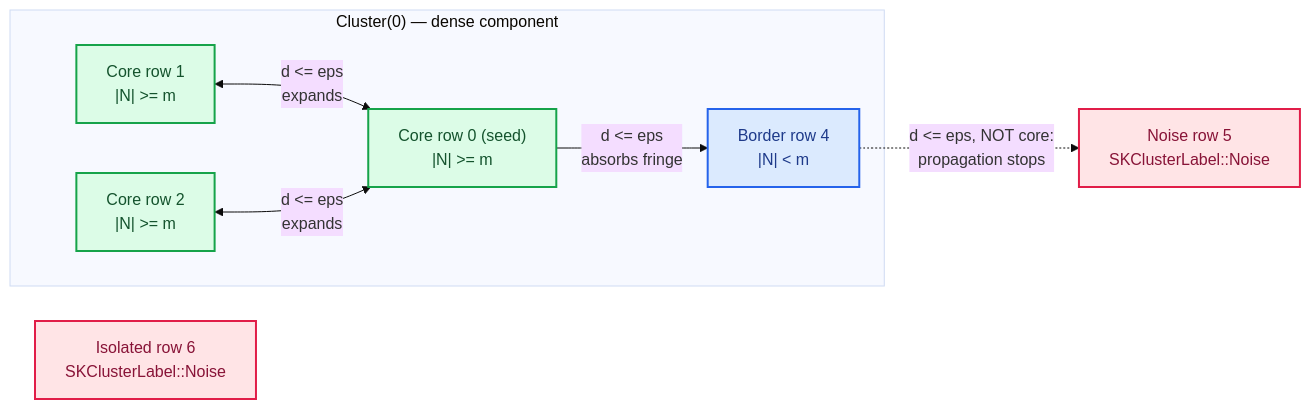
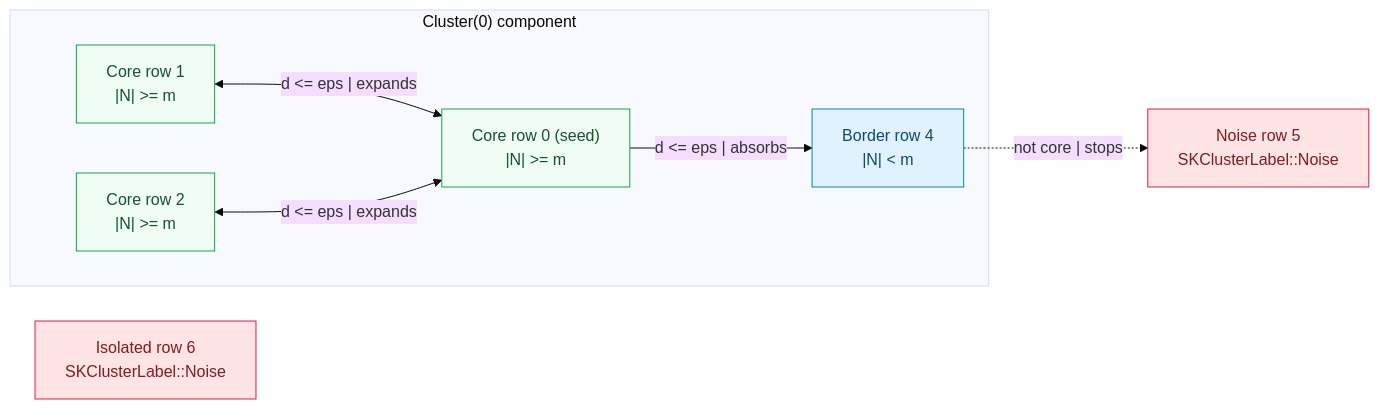
The first of 2 diagrams in docs/src/development-explained/ch42-dbscan.md (neurono-ml/sciencekit), drawn with Mermaid (base theme) before and after one commit. The commit also changed other lines of this file and 1 other file, not shown here.

Commit message:
docs(dbscan): align mermaid theme palette and algorithms status pill

````diff
--- a/docs/src/development-explained/ch42-dbscan.md
+++ b/docs/src/development-explained/ch42-dbscan.md
@@ -98,19 +98,19 @@
 ```mermaid
 flowchart LR
     accTitle: Core, border and noise roles in DBSCAN
     accDescr: Core points C0, C1 and C2 each have at least minimum_samples neighbours within eps and expand density to one another and to fringe point B. Border point B joins the cluster because C0 reaches it, yet B does not propagate density onward to nearby point N1, so both N1 and distant point N2 receive SKClusterLabel::Noise.
-    subgraph Cluster0["Cluster(0) — dense component"]
-        C1["Core row 1<br/>|N| >= m"] <-->|"d <= eps<br/>expands"| C0["Core row 0 (seed)<br/>|N| >= m"]
-        C2["Core row 2<br/>|N| >= m"] <-->|"d <= eps<br/>expands"| C0
-        C0 -->|"d <= eps<br/>absorbs fringe"| B["Border row 4<br/>|N| < m"]
+    subgraph Cluster0["Cluster(0) component"]
+        C1["Core row 1<br/>|N| >= m"] <-->|"d <= eps | expands"| C0["Core row 0 (seed)<br/>|N| >= m"]
+        C2["Core row 2<br/>|N| >= m"] <-->|"d <= eps | expands"| C0
+        C0 -->|"d <= eps | absorbs"| B["Border row 4<br/>|N| < m"]
     end
-    B -.->|"d <= eps, NOT core:<br/>propagation stops"| N1["Noise row 5<br/>SKClusterLabel::Noise"]
+    B -.->|"not core | stops"| N1["Noise row 5<br/>SKClusterLabel::Noise"]
     N2["Isolated row 6<br/>SKClusterLabel::Noise"]
 
-    classDef core fill:#dcfce7,stroke:#16a34a,stroke-width:2px,color:#14532d
-    classDef border fill:#dbeafe,stroke:#2563eb,stroke-width:2px,color:#1e3a8a
-    classDef noise fill:#ffe4e6,stroke:#e11d48,stroke-width:2px,color:#881337
+    classDef core fill:#f0fdf4,stroke:#16a34a,color:#14532d
+    classDef border fill:#e0f2fe,stroke:#0284c7,color:#0c4a6e
+    classDef noise fill:#ffe4e6,stroke:#e11d48,color:#7f1d1d
     class C0,C1,C2 core
     class B border
     class N1,N2 noise
 ```
````
